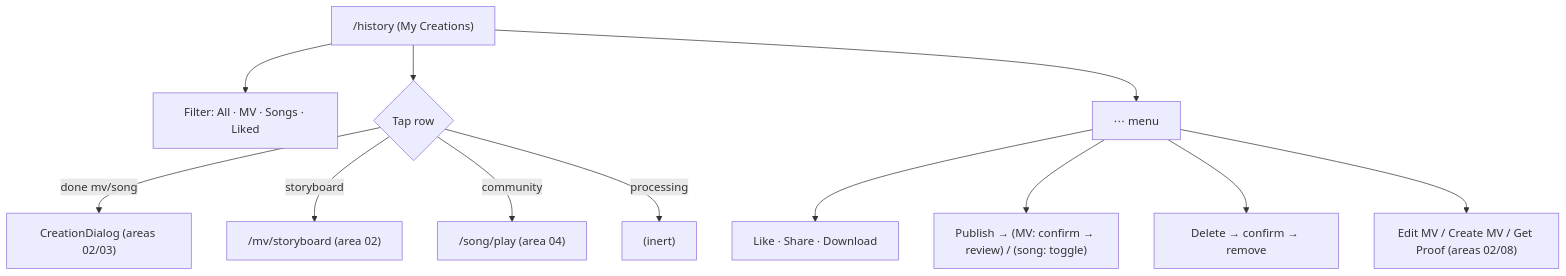
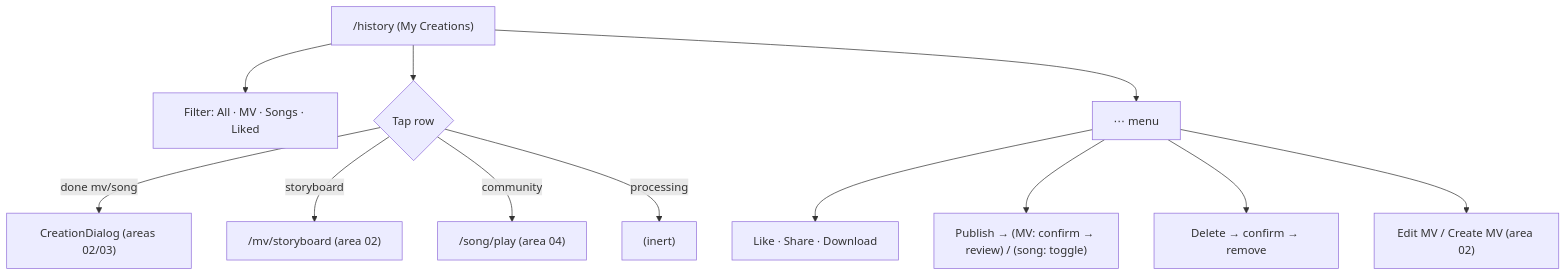
The diagram in web-app/specs/areas/05-history.md (pft-JasonChen/musemv-ai), drawn with Mermaid before and after one commit. The commit also changed other lines of this file and 25 other files, not shown here.

````diff
--- a/web-app/specs/areas/05-history.md
+++ b/web-app/specs/areas/05-history.md
@@ -179,14 +161,14 @@
 ```mermaid
 flowchart TD
   H["/history (My Creations)"] --> Filter["Filter: All · MV · Songs · Liked"]
   H --> Row{Tap row}
   Row -->|done mv/song| Dialog["CreationDialog (areas 02/03)"]
   Row -->|storyboard| SB["/mv/storyboard (area 02)"]
   Row -->|community| Play["/song/play (area 04)"]
   Row -->|processing| Inert["(inert)"]
   H --> Menu["⋯ menu"]
   Menu --> Quick["Like · Share · Download"]
   Menu --> Pub["Publish → (MV: confirm → review) / (song: toggle)"]
   Menu --> Del["Delete → confirm → remove"]
-  Menu --> Cta["Edit MV / Create MV / Get Proof (areas 02/08)"]
+  Menu --> Cta["Edit MV / Create MV (area 02)"]
 ```
````
